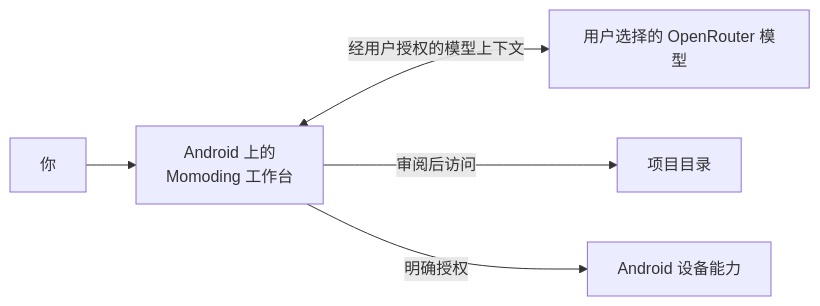
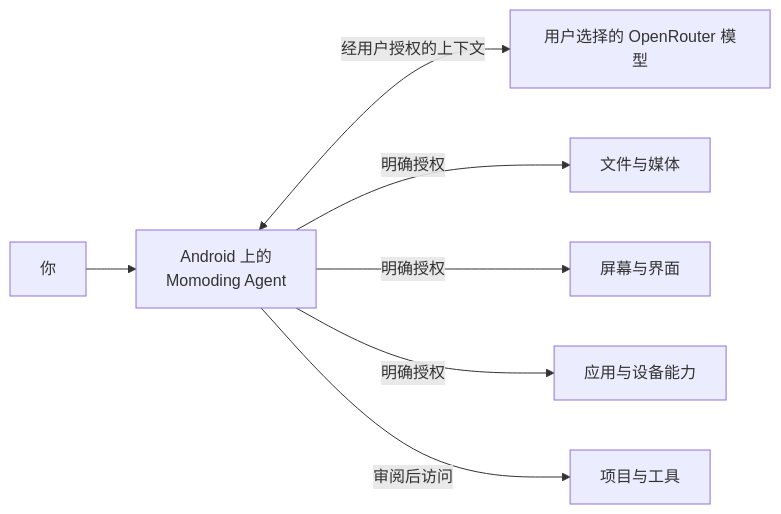
Before and after one commit to 1zhangyy1/momoding: the diagram in README.zh-CN.md, drawn with Mermaid. The commit also changed other lines of this file and 2 other files, not shown here.

Commit message:
Position Momoding as a personal Android agent

````diff
--- a/README.zh-CN.md
+++ b/README.zh-CN.md
@@ -36,7 +42,9 @@
 ```mermaid
 flowchart LR
-    user["你"] --> workspace["Android 上的<br/>Momoding 工作台"]
-    workspace <-->|"经用户授权的模型上下文"| model["用户选择的 OpenRouter 模型"]
-    workspace -->|"审阅后访问"| project["项目目录"]
-    workspace -->|"明确授权"| device["Android 设备能力"]
+    user["你"] --> agent["Android 上的<br/>Momoding Agent"]
+    agent <-->|"经用户授权的上下文"| model["用户选择的 OpenRouter 模型"]
+    agent -->|"明确授权"| media["文件与媒体"]
+    agent -->|"明确授权"| screen["屏幕与界面"]
+    agent -->|"明确授权"| device["应用与设备能力"]
+    agent -->|"审阅后访问"| projects["项目与工具"]
 ```
````
